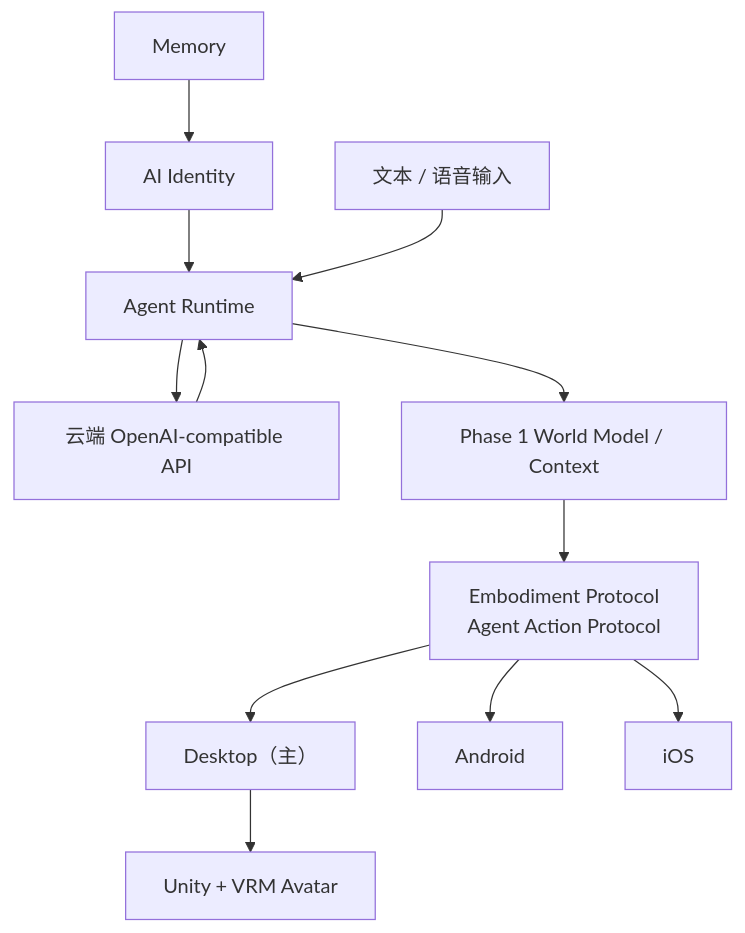
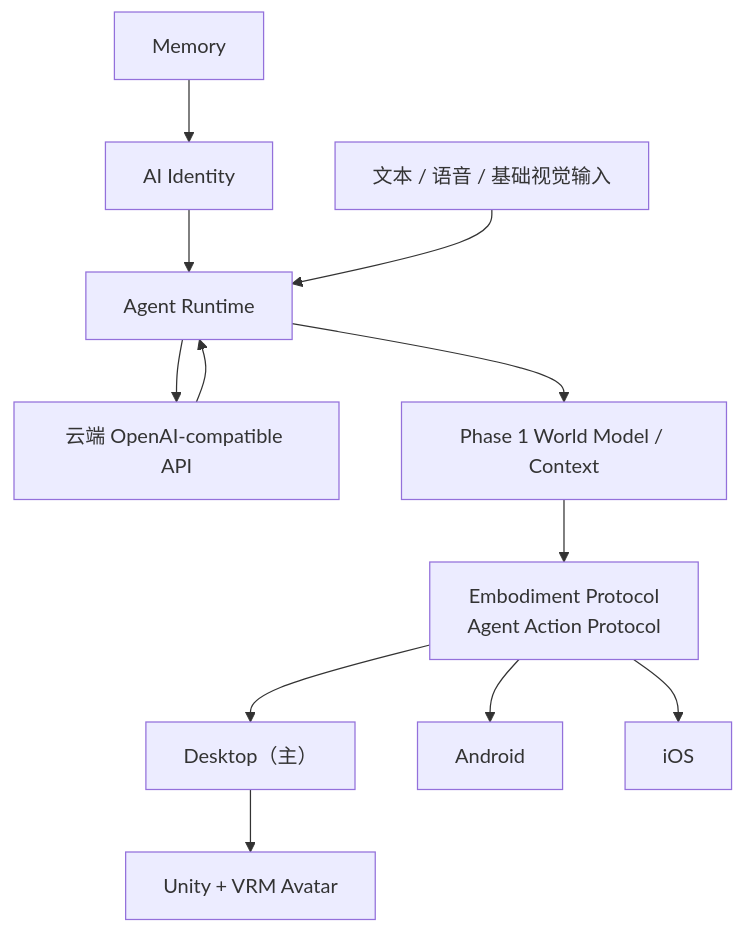
The diagram in research/Phase 1 实现准备与 GitHub 参考项目调研.md (ayane-ai/ayane-docs), drawn with Mermaid before and after one commit. The commit also changed other lines of this file and 8 other files, not shown here.

````diff
--- a/research/Phase 1 实现准备与 GitHub 参考项目调研.md
+++ b/research/Phase 1 实现准备与 GitHub 参考项目调研.md
@@ -28,14 +28,14 @@
 ```mermaid
 flowchart TD
     memory["Memory"] --> identity["AI Identity"]
     identity --> runtime["Agent Runtime"]
-    input["文本 / 语音输入"] --> runtime
+    input["文本 / 语音 / 基础视觉输入"] --> runtime
     runtime --> cloud["云端 OpenAI-compatible API"]
     cloud --> runtime
     runtime --> world["Phase 1 World Model / Context"]
     world --> protocol["Embodiment Protocol<br>Agent Action Protocol"]
     protocol --> desktop["Desktop（主）"]
     protocol --> android["Android"]
     protocol --> ios["iOS"]
     desktop --> avatar["Unity + VRM Avatar"]
 ```
````
